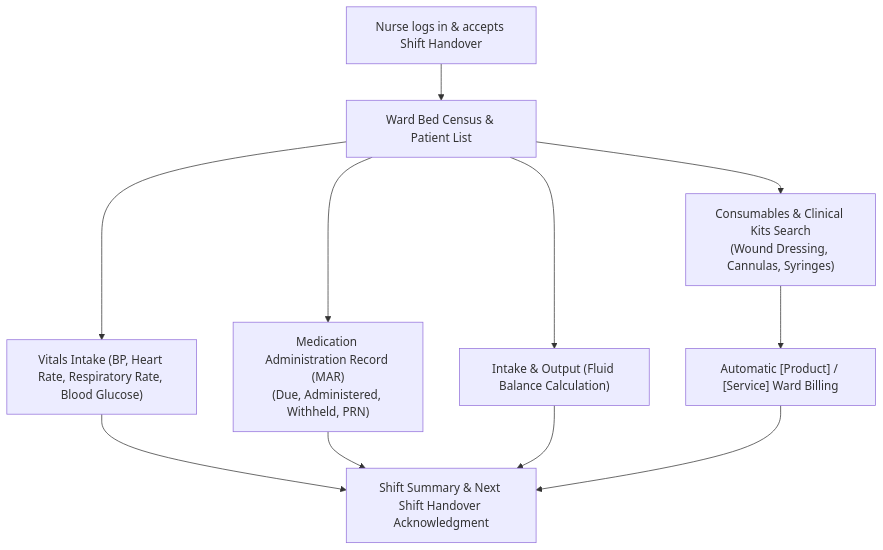
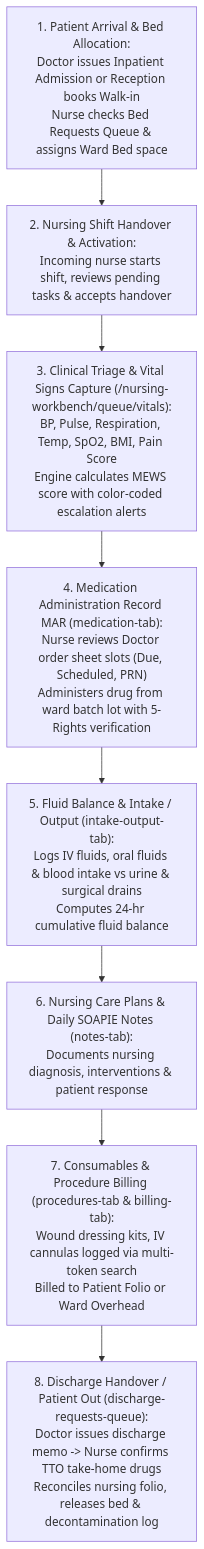
The diagram in docs/user-guides/workbenches/nursing.md (Corestreamng/corehealth_v2), drawn with Mermaid before and after one commit. The commit also changed other lines of this file and 118 other files, not shown here.

````diff
--- a/docs/user-guides/workbenches/nursing.md
+++ b/docs/user-guides/workbenches/nursing.md
@@ -28,13 +20,16 @@
 ```mermaid
 flowchart TD
-    A["Nurse logs in & accepts Shift Handover"] --> B["Ward Bed Census & Patient List"]
-    B --> C["Vitals Intake (BP, Heart Rate, Respiratory Rate, Blood Glucose)"]
-    B --> D["Medication Administration Record (MAR)<br/>(Due, Administered, Withheld, PRN)"]
-    B --> E["Intake & Output (Fluid Balance Calculation)"]
-    B --> F["Consumables & Clinical Kits Search<br/>(Wound Dressing, Cannulas, Syringes)"]
-    F --> G["Automatic [Product] / [Service] Ward Billing"]
-    C --> H["Shift Summary & Next Shift Handover Acknowledgment"]
-    D --> H
-    E --> H
-    G --> H
+    A["1. Patient Arrival & Bed Allocation:<br/>Doctor issues Inpatient Admission or Reception books Walk-in<br/>Nurse checks Bed Requests Queue & assigns Ward Bed space"] --> B["2. Nursing Shift Handover & Activation:<br/>Incoming nurse starts shift, reviews pending tasks & accepts handover"]
+    
+    B --> C["3. Clinical Triage & Vital Signs Capture (/nursing-workbench/queue/vitals):<br/>BP, Pulse, Respiration, Temp, SpO2, BMI, Pain Score<br/>Engine calculates MEWS score with color-coded escalation alerts"]
+    
+    C --> D["4. Medication Administration Record MAR (medication-tab):<br/>Nurse reviews Doctor order sheet slots (Due, Scheduled, PRN)<br/>Administers drug from ward batch lot with 5-Rights verification"]
+    
+    D --> E["5. Fluid Balance & Intake / Output (intake-output-tab):<br/>Logs IV fluids, oral fluids & blood intake vs urine & surgical drains<br/>Computes 24-hr cumulative fluid balance"]
+    
+    E --> F["6. Nursing Care Plans & Daily SOAPIE Notes (notes-tab):<br/>Documents nursing diagnosis, interventions & patient response"]
+    
+    F --> G["7. Consumables & Procedure Billing (procedures-tab & billing-tab):<br/>Wound dressing kits, IV cannulas logged via multi-token search<br/>Billed to Patient Folio or Ward Overhead"]
+    
+    G --> H["8. Discharge Handover / Patient Out (discharge-requests-queue):<br/>Doctor issues discharge memo -> Nurse confirms TTO take-home drugs<br/>Reconciles nursing folio, releases bed & decontamination log"]
 ```
````
